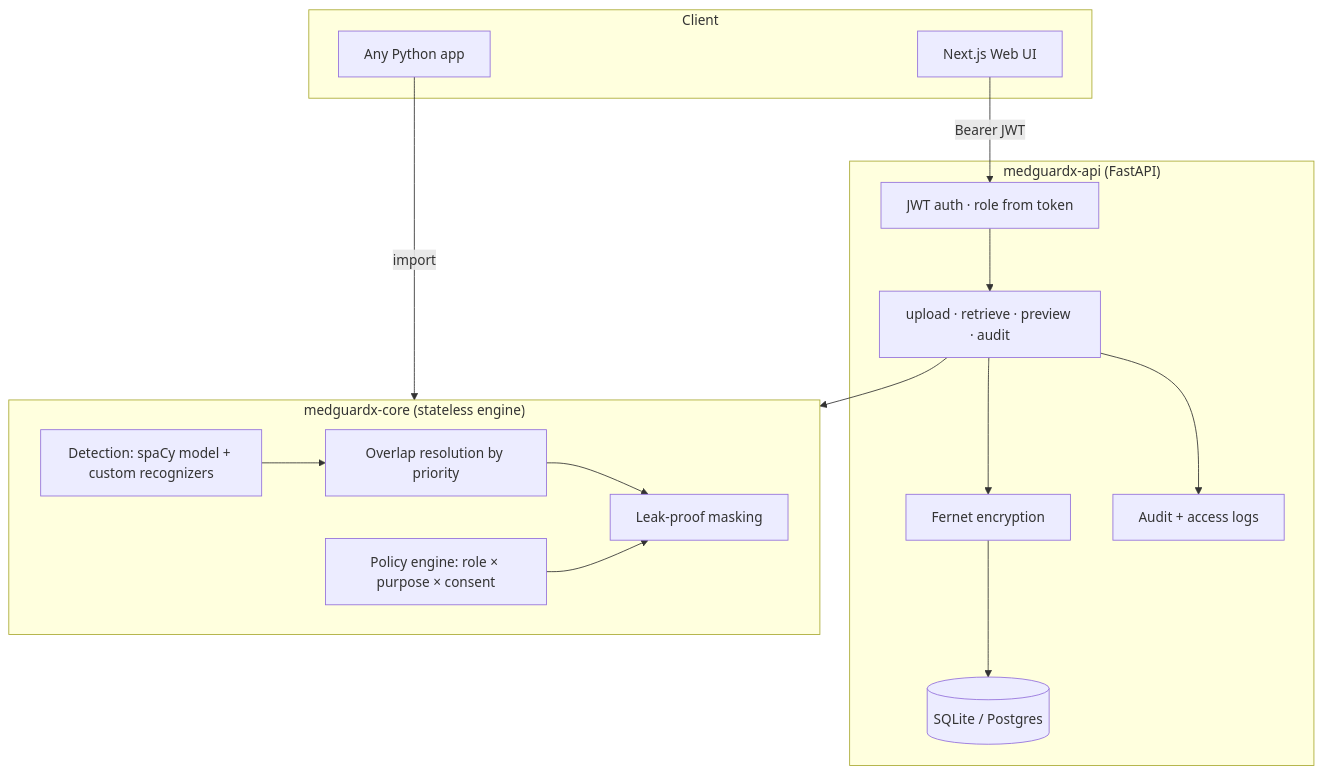
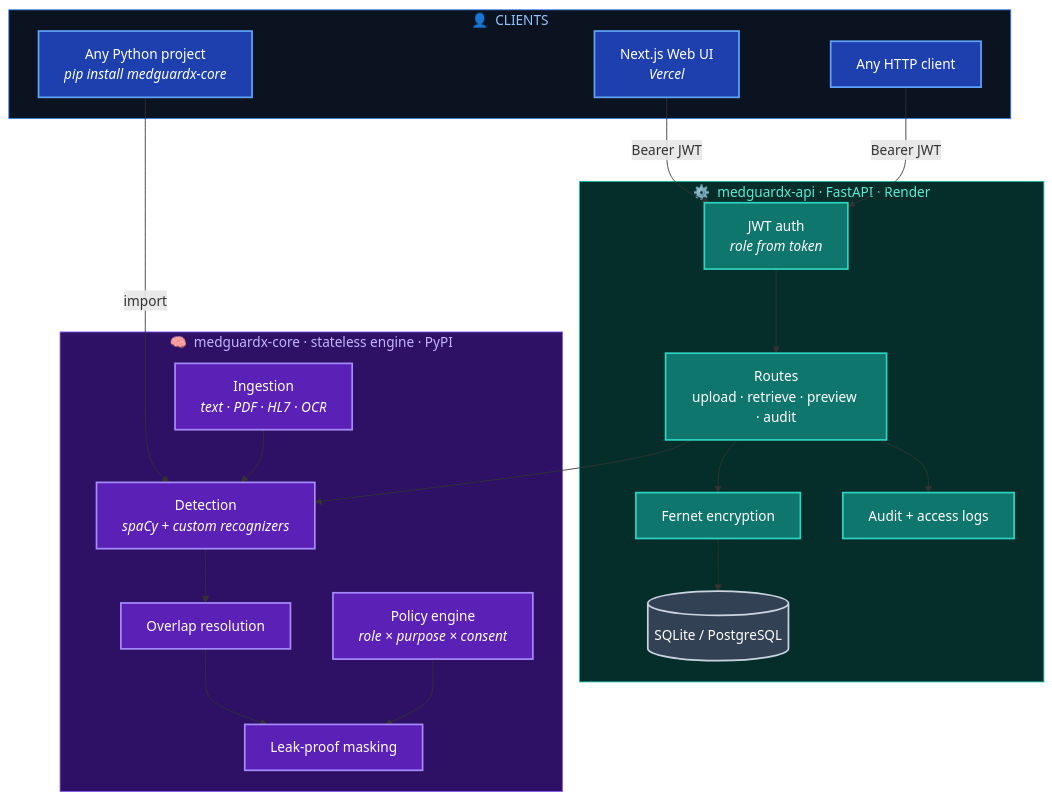
The first of 3 diagrams in README.md (adarshcod30/MedGuardX), drawn with Mermaid before and after one commit. The commit also changed other lines of this file and 5 other files, not shown here.

Commit message:
Rewrite README with colored architecture and flow diagrams; remove stale screenshots; ignore local config dir

````diff
--- a/README.md
+++ b/README.md
@@ -64,31 +84,46 @@
 ```mermaid
 flowchart TD
-    subgraph Client
-      WEB[Next.js Web UI]
-      SDK[Any Python app]
+    subgraph Clients["👤 &nbsp;CLIENTS"]
+      WEB["Next.js Web UI<br/><i>Vercel</i>"]
+      SDK["Any Python project<br/><i>pip install medguardx-core</i>"]
+      HTTP["Any HTTP client"]
     end
 
-    subgraph Service["medguardx-api (FastAPI)"]
-      AUTH[JWT auth · role from token]
-      ROUTES[upload · retrieve · preview · audit]
-      ENC[Fernet encryption]
-      STORE[(SQLite / Postgres)]
-      AUDIT[Audit + access logs]
+    subgraph Service["⚙️ &nbsp;medguardx-api · FastAPI · Render"]
+      AUTH["JWT auth<br/><i>role from token</i>"]
+      ROUTES["Routes<br/>upload · retrieve · preview · audit"]
+      ENC["Fernet encryption"]
+      STORE[("SQLite / PostgreSQL")]
+      AUDIT["Audit + access logs"]
     end
 
-    subgraph Core["medguardx-core (stateless engine)"]
-      DET[Detection: spaCy model + custom recognizers]
-      OVL[Overlap resolution by priority]
-      POL[Policy engine: role × purpose × consent]
-      MASK[Leak-proof masking]
+    subgraph Core["🧠 &nbsp;medguardx-core · stateless engine · PyPI"]
+      ING["Ingestion<br/><i>text · PDF · HL7 · OCR</i>"]
+      DET["Detection<br/><i>spaCy + custom recognizers</i>"]
+      OVL["Overlap resolution"]
+      POL["Policy engine<br/><i>role × purpose × consent</i>"]
+      MASK["Leak-proof masking"]
     end
 
     WEB -->|Bearer JWT| AUTH
+    HTTP -->|Bearer JWT| AUTH
     AUTH --> ROUTES
     ROUTES --> ENC --> STORE
     ROUTES --> AUDIT
-    ROUTES --> Core
-    SDK -->|import| Core
-    DET --> OVL --> MASK
+    ROUTES --> DET
+    SDK -->|import| DET
+    ING --> DET --> OVL --> MASK
     POL --> MASK
+
+    classDef client fill:#1e40af,stroke:#60a5fa,color:#fff,stroke-width:2px
+    classDef svc fill:#0f766e,stroke:#2dd4bf,color:#fff,stroke-width:2px
+    classDef core fill:#5b21b6,stroke:#a78bfa,color:#fff,stroke-width:2px
+    classDef data fill:#334155,stroke:#cbd5e1,color:#fff,stroke-width:2px
+    class WEB,SDK,HTTP client
+    class AUTH,ROUTES,ENC,AUDIT svc
+    class STORE data
+    class ING,DET,OVL,POL,MASK core
+    style Clients fill:#0b1220,stroke:#3b82f6,color:#93c5fd
+    style Service fill:#052e2b,stroke:#14b8a6,color:#5eead4
+    style Core fill:#2e1065,stroke:#8b5cf6,color:#c4b5fd
 ```
````
